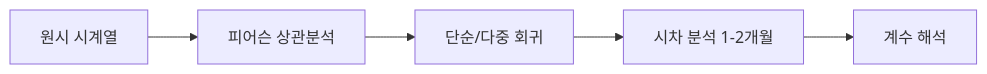
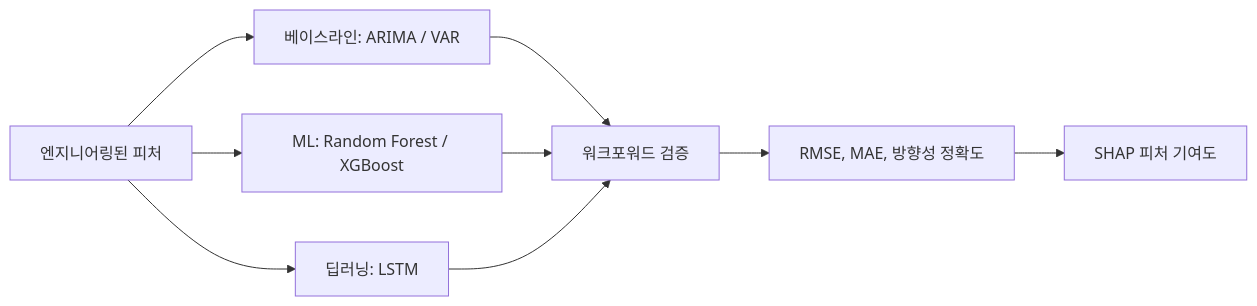
Before and after one commit to Hyukjennii/kospi-lag-effect-analytics: the third of 3 diagrams in README.ko.md, drawn with Mermaid. The commit also changed other lines of this file and 1 other file, not shown here.

````diff
--- a/README.ko.md
+++ b/README.ko.md
@@ -72,7 +74,11 @@
 ```mermaid
 flowchart LR
-    A[원시 시계열] --> B[피어슨 상관분석]
-    B --> C[단순/다중 회귀]
-    C --> D[시차 분석 1-2개월]
-    D --> E[계수 해석]
+    A[엔지니어링된 피처] --> B[베이스라인: ARIMA / VAR]
+    A --> C[ML: Random Forest / XGBoost]
+    A --> D[딥러닝: LSTM]
+    B --> E[워크포워드 검증]
+    C --> E
+    D --> E
+    E --> F[RMSE, MAE, 방향성 정확도]
+    F --> G[SHAP 피처 기여도]
 ```
````
